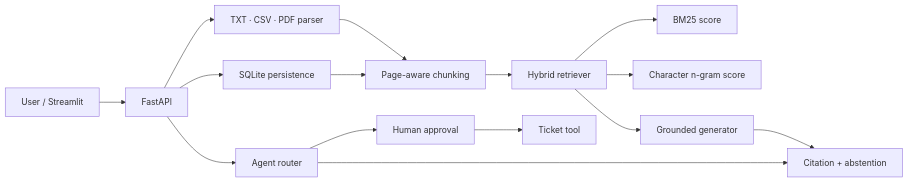
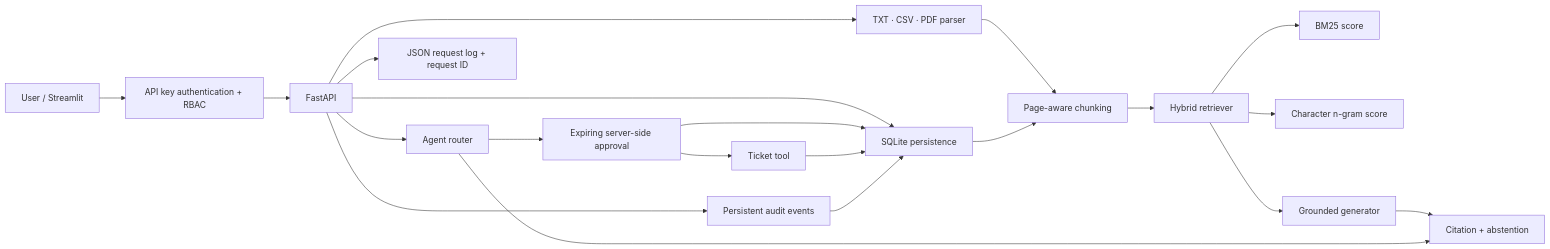
One commit to lyffr/docops-agent changed the diagram in docs/architecture.md. Above: the diagram before and after it, drawn with Mermaid. The commit also changed other lines of this file and 36 other files, not shown here.

````diff
--- a/docs/architecture.md
+++ b/docs/architecture.md
@@ -3,17 +3,23 @@
 ```mermaid
 flowchart LR
-    U["User / Streamlit"] --> API["FastAPI"]
+    U["User / Streamlit"] --> AUTH["API key authentication + RBAC"]
+    AUTH --> API["FastAPI"]
     API --> P["TXT · CSV · PDF parser"]
     P --> C["Page-aware chunking"]
     C --> R["Hybrid retriever"]
     R --> S["BM25 score"]
     R --> D["Character n-gram score"]
     R --> G["Grounded generator"]
     G --> V["Citation + abstention"]
     API --> A["Agent router"]
     API --> DB["SQLite persistence"]
+    API --> LOG["JSON request log + request ID"]
+    API --> AUDIT["Persistent audit events"]
     DB --> C
     A --> V
-    A --> H["Human approval"]
+    A --> H["Expiring server-side approval"]
     H --> T["Ticket tool"]
+    H --> DB
+    T --> DB
+    AUDIT --> DB
 ```
````
